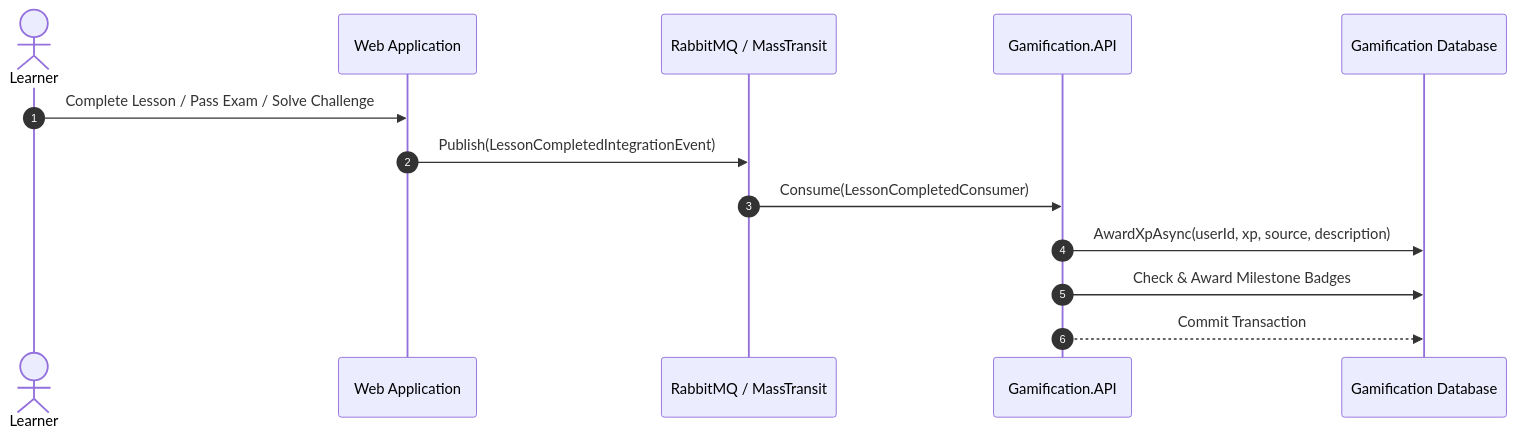
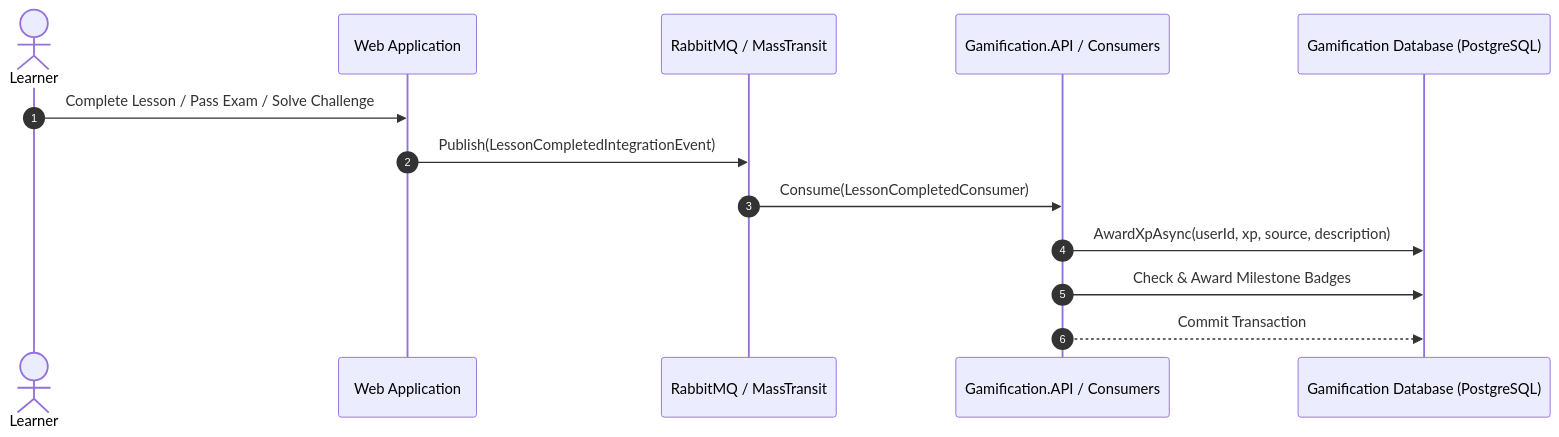
Before and after one commit to KaitoDeus/NET-Tutos: the second of 2 diagrams in docs/09_microservices_architecture_and_migration.md, drawn with Mermaid. The commit also changed other lines of this file and 28 other files, not shown here.

Commit message:
feat(clean-architecture): split CodeRunner and Gamification into 4 Clean Architecture layers (Domain, Application, Infrastructure, API)

````diff
--- a/docs/09_microservices_architecture_and_migration.md
+++ b/docs/09_microservices_architecture_and_migration.md
@@ -124,16 +164,16 @@
 ```mermaid
 sequenceDiagram
     autonumber
     actor Learner as Learner
     participant Web as Web Application
     participant Bus as RabbitMQ / MassTransit
-    participant Gamify as Gamification.API
-    participant DB as Gamification Database
+    participant Gamify as Gamification.API / Consumers
+    participant DB as Gamification Database (PostgreSQL)
 
     Learner->>Web: Complete Lesson / Pass Exam / Solve Challenge
     Web->>Bus: Publish(LessonCompletedIntegrationEvent)
     Bus->>Gamify: Consume(LessonCompletedConsumer)
     Gamify->>DB: AwardXpAsync(userId, xp, source, description)
     Gamify->>DB: Check & Award Milestone Badges
     Gamify-->>DB: Commit Transaction
 ```
````
